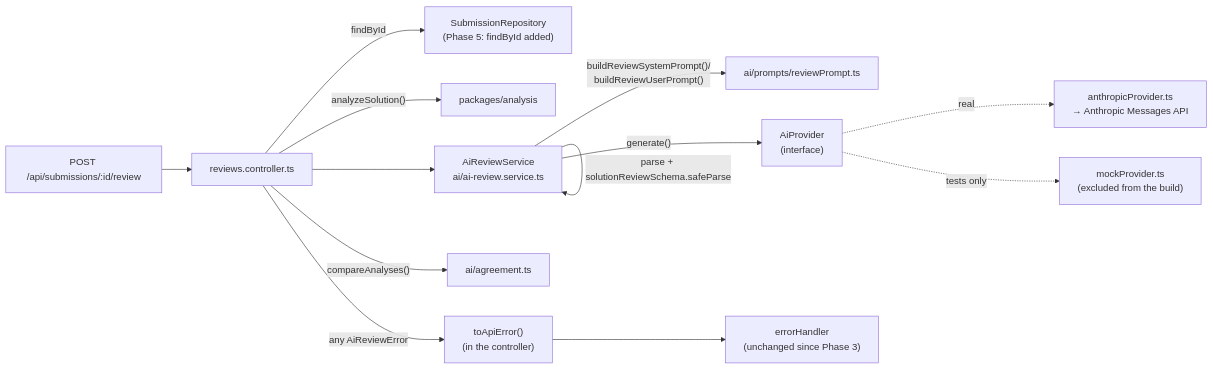
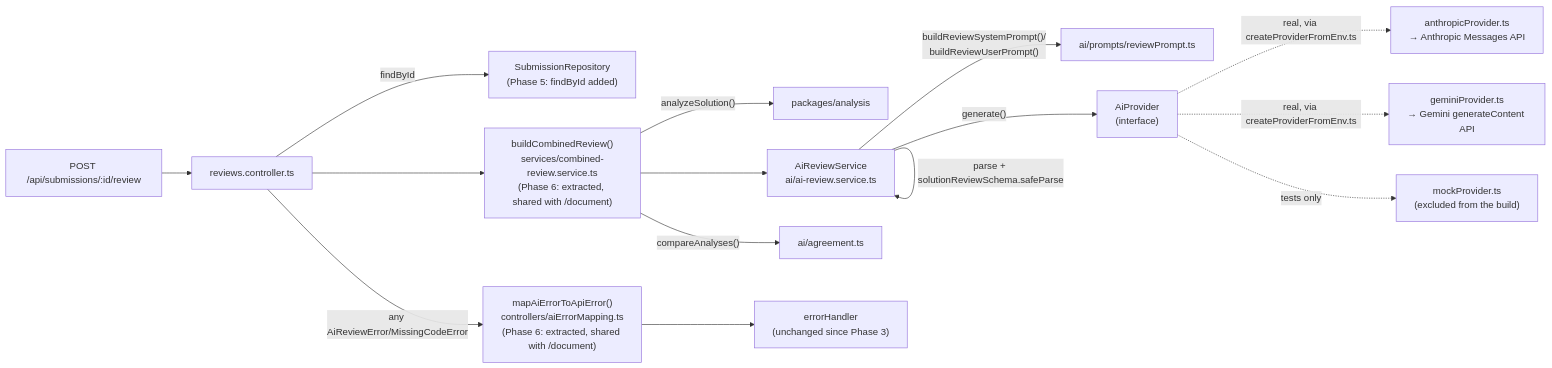
One commit to Harshvish07/LeetCode-GitHub-AI-Documentation-Automation changed the third of 7 diagrams in docs/architecture.md. Above: the diagram before and after it, drawn with Mermaid. The commit also changed other lines of this file and 72 other files, not shown here.

Commit message:
phase 6 & 7 Automatic Learning Document Generator, GitHub Automation

````diff
--- a/docs/architecture.md
+++ b/docs/architecture.md
@@ -159,15 +175,17 @@
 ```mermaid
 flowchart LR
     REQ["POST /api/submissions/:id/review"] --> CTRL["reviews.controller.ts"]
     CTRL -- "findById" --> REPO["SubmissionRepository<br/>(Phase 5: findById added)"]
-    CTRL -- "analyzeSolution()" --> PA["packages/analysis"]
-    CTRL --> SVC["AiReviewService<br/>ai/ai-review.service.ts"]
+    CTRL --> BUILD["buildCombinedReview()<br/>services/combined-review.service.ts<br/>(Phase 6: extracted, shared with /document)"]
+    BUILD -- "analyzeSolution()" --> PA["packages/analysis"]
+    BUILD --> SVC["AiReviewService<br/>ai/ai-review.service.ts"]
     SVC -- "buildReviewSystemPrompt()/<br/>buildReviewUserPrompt()" --> PROMPT["ai/prompts/reviewPrompt.ts"]
     SVC -- "generate()" --> PROV["AiProvider<br/>(interface)"]
-    PROV -. "real" .-> ANTHROPIC["anthropicProvider.ts<br/>→ Anthropic Messages API"]
+    PROV -. "real, via createProviderFromEnv.ts" .-> ANTHROPIC["anthropicProvider.ts<br/>→ Anthropic Messages API"]
+    PROV -. "real, via createProviderFromEnv.ts" .-> GEMINI["geminiProvider.ts<br/>→ Gemini generateContent API"]
     PROV -. "tests only" .-> MOCK["mockProvider.ts<br/>(excluded from the build)"]
     SVC -- "parse + solutionReviewSchema.safeParse" --> SVC
-    CTRL -- "compareAnalyses()" --> AGREE["ai/agreement.ts"]
-    CTRL -- "any AiReviewError" --> ERRMAP["toApiError()<br/>(in the controller)"]
+    BUILD -- "compareAnalyses()" --> AGREE["ai/agreement.ts"]
+    CTRL -- "any AiReviewError/MissingCodeError" --> ERRMAP["mapAiErrorToApiError()<br/>controllers/aiErrorMapping.ts<br/>(Phase 6: extracted, shared with /document)"]
     ERRMAP --> ERR["errorHandler<br/>(unchanged since Phase 3)"]
 ```
````
